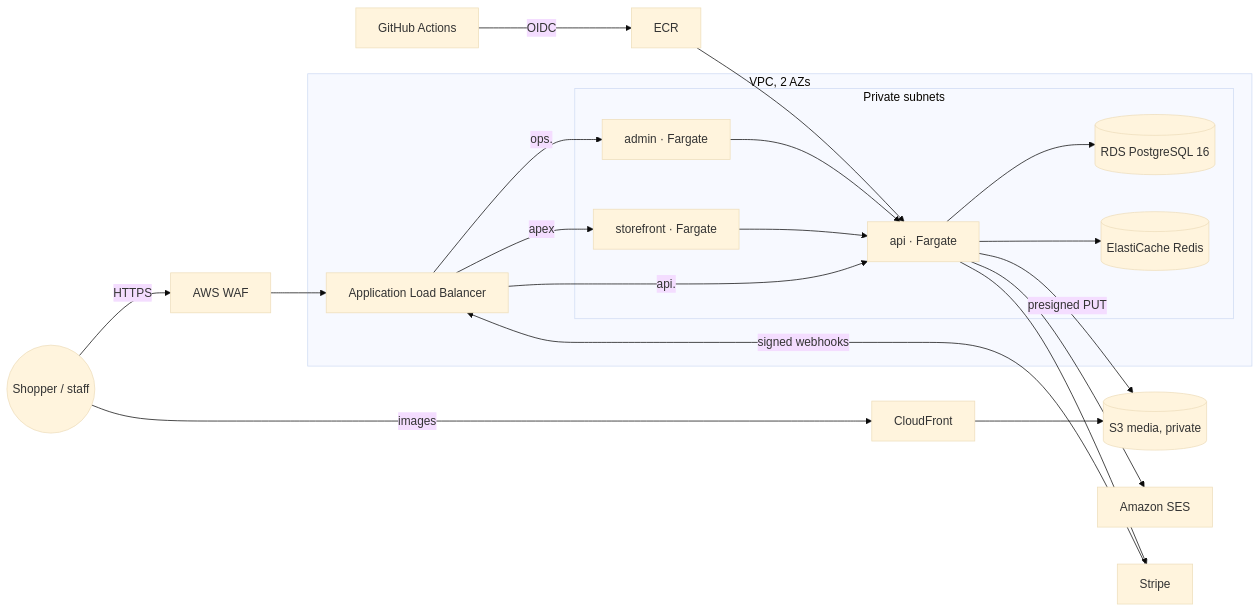
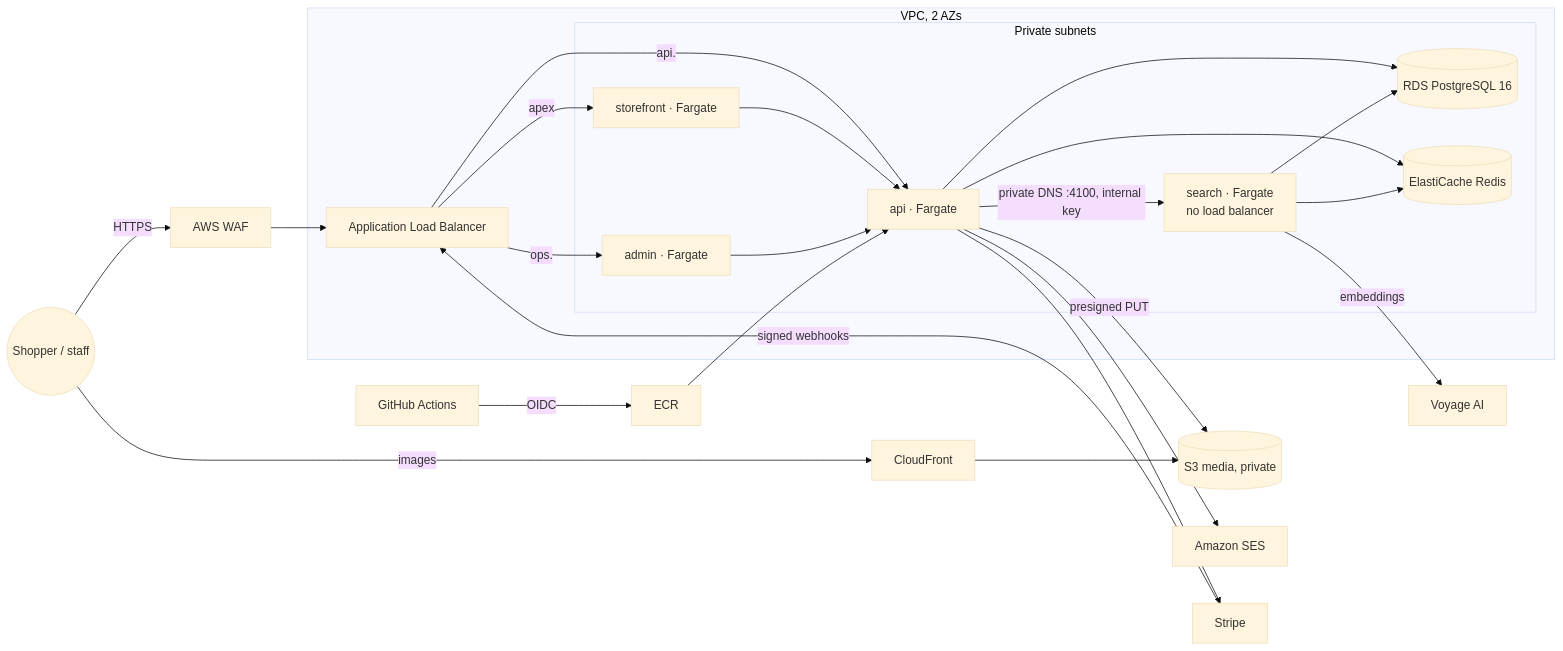
The diagram in docs/architecture/deployment.md (rasmane1er/nixzora), drawn with Mermaid (base theme) before and after one commit. The commit also changed other lines of this file and 26 other files, not shown here.

````diff
--- a/docs/architecture/deployment.md
+++ b/docs/architecture/deployment.md
@@ -3,27 +3,32 @@
 ```mermaid
 flowchart LR
   user((Shopper / staff)) -->|HTTPS| waf[AWS WAF]
   waf --> alb[Application Load Balancer]
   user -->|images| cf[CloudFront] --> s3[(S3 media, private)]
   subgraph vpc[VPC, 2 AZs]
     subgraph private[Private subnets]
       sf[storefront · Fargate]
       api[api · Fargate]
+      search[search · Fargate<br/>no load balancer]
       ops[admin · Fargate]
       rds[(RDS PostgreSQL 16)]
       redis[(ElastiCache Redis)]
     end
     alb -->|apex| sf
     alb -->|api.| api
     alb -->|ops.| ops
     sf --> api
     ops --> api
+    api -->|private DNS :4100, internal key| search
     api --> rds
     api --> redis
+    search --> rds
+    search --> redis
   end
+  search -->|embeddings| voyage[Voyage AI]
   api -->|presigned PUT| s3
   api --> ses[Amazon SES]
   api --> stripe[Stripe]
   stripe -->|signed webhooks| alb
   gh[GitHub Actions] -->|OIDC| ecr[ECR] --> api
 ```
````
